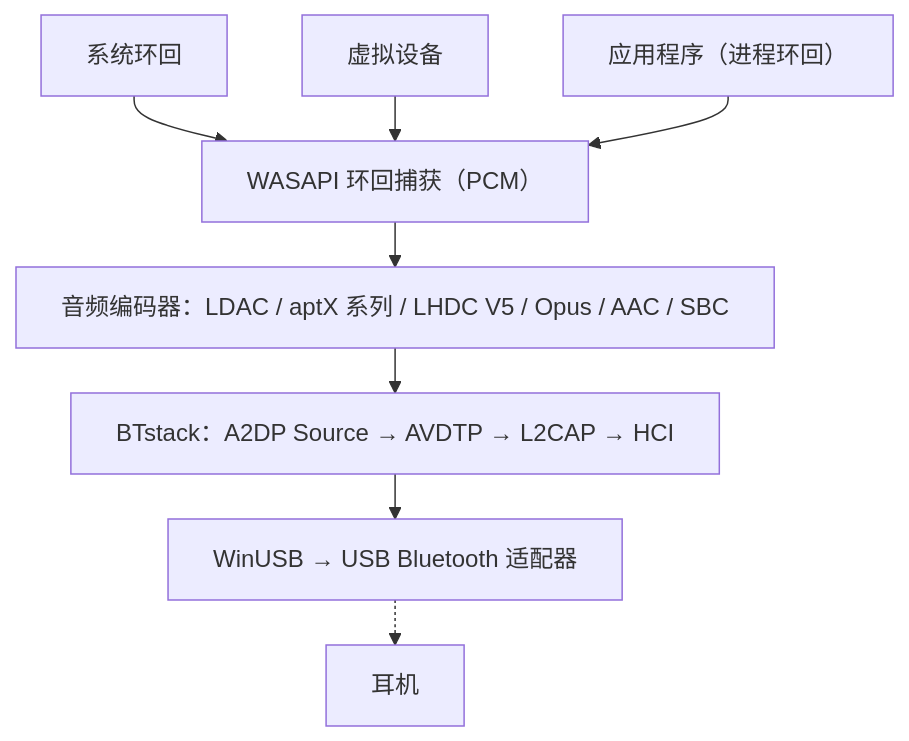
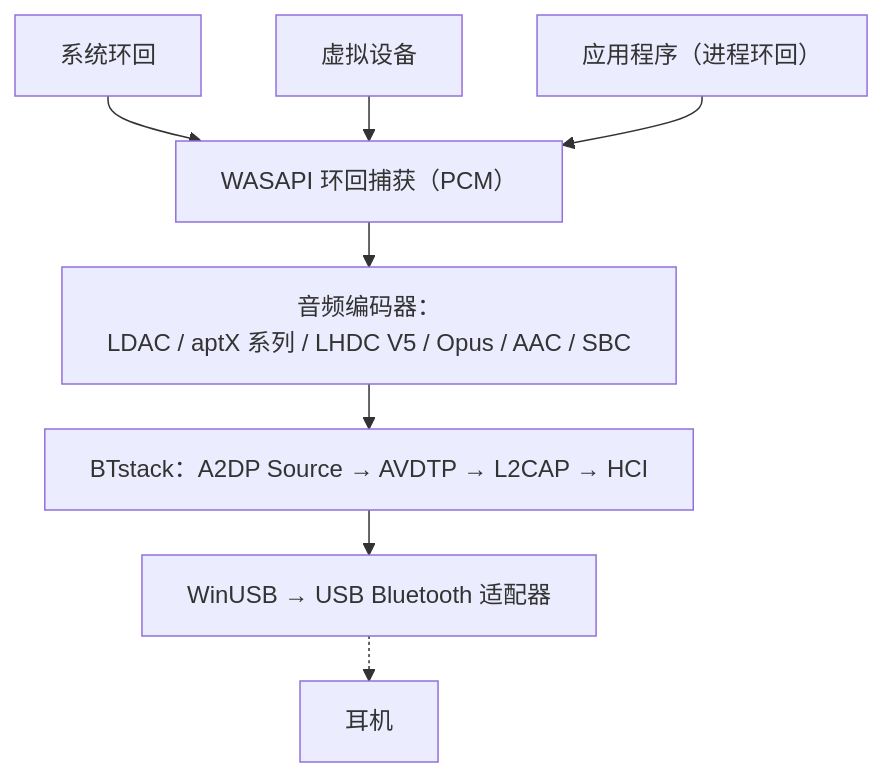
The diagram in docs/zh-CN/index.md (SeiyaFunaokaJP/BlueCaster), drawn with Mermaid before and after one commit. The commit also changed 15 other files, not shown here.

First line of the commit message:
Docs: shorter lines in the sequence diagrams, encoder label on Home

````diff
--- a/docs/zh-CN/index.md
+++ b/docs/zh-CN/index.md
@@ -124,17 +124,17 @@
 ```mermaid
 ---
 config:
   flowchart:
     wrappingWidth: 480
     rankSpacing: 30
 ---
 flowchart TD
     s1["系统环回"]
     s2["虚拟设备"]
     s3["应用程序（进程环回）"]
     s1 & s2 & s3 --> cap["WASAPI 环回捕获（PCM）"]
-    cap --> enc["音频编码器：LDAC / aptX 系列 / LHDC V5 / Opus / AAC / SBC"]
+    cap --> enc["音频编码器：<br>LDAC / aptX 系列 / LHDC V5 / Opus / AAC / SBC"]
     enc --> bt["BTstack：A2DP Source → AVDTP → L2CAP → HCI"]
     bt --> usb["WinUSB → USB Bluetooth 适配器"]
     usb -.-> hp["耳机"]
 ```
````
